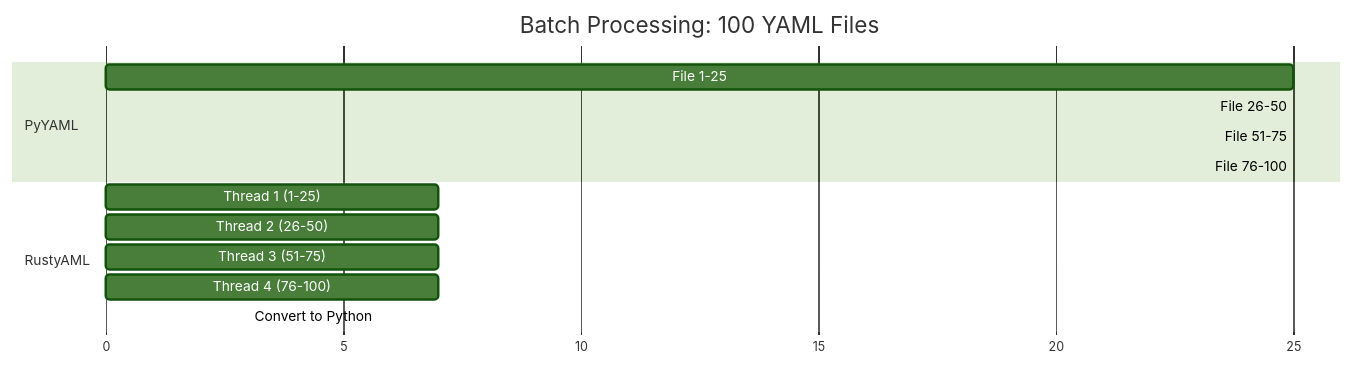
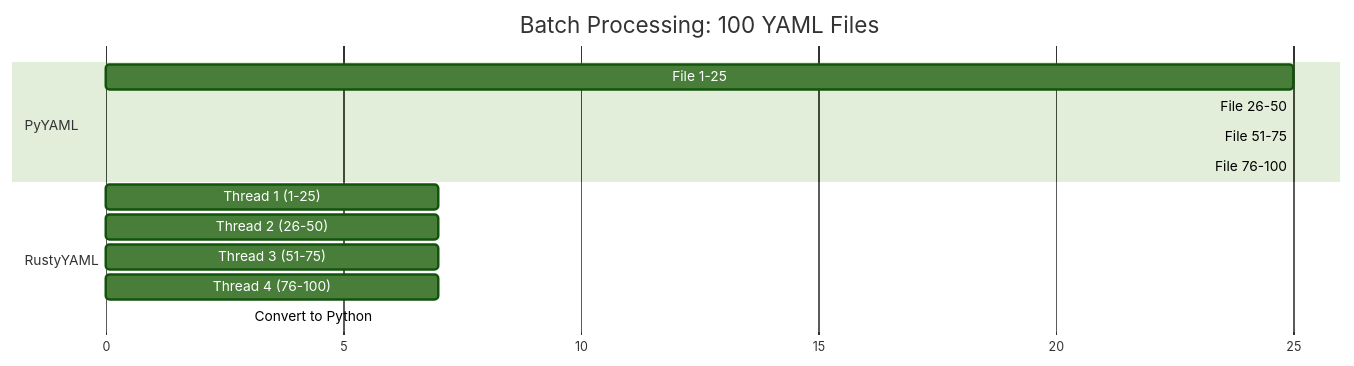
One commit to beelal-k/rustyyaml changed the tenth of 18 diagrams in docs/ARCHITECTURE.md. Above: the diagram before and after it, drawn with Mermaid (forest theme). The commit also changed other lines of this file and 14 other files, not shown here.

````diff
--- a/docs/ARCHITECTURE.md
+++ b/docs/ARCHITECTURE.md
@@ -355,19 +355,19 @@
 ```mermaid
 gantt
     title Batch Processing: 100 YAML Files
     dateFormat X
     axisFormat %s
     
     section PyYAML
     File 1-25    :a1, 0, 25
     File 26-50   :a2, after a1, 25
     File 51-75   :a3, after a2, 25
     File 76-100  :a4, after a3, 25
     
-    section RustyAML
+    section RustyYAML
     Thread 1 (1-25)   :b1, 0, 7
     Thread 2 (26-50)  :b2, 0, 7
     Thread 3 (51-75)  :b3, 0, 7
     Thread 4 (76-100) :b4, 0, 7
     Convert to Python :b5, after b4, 3
 ```
````
